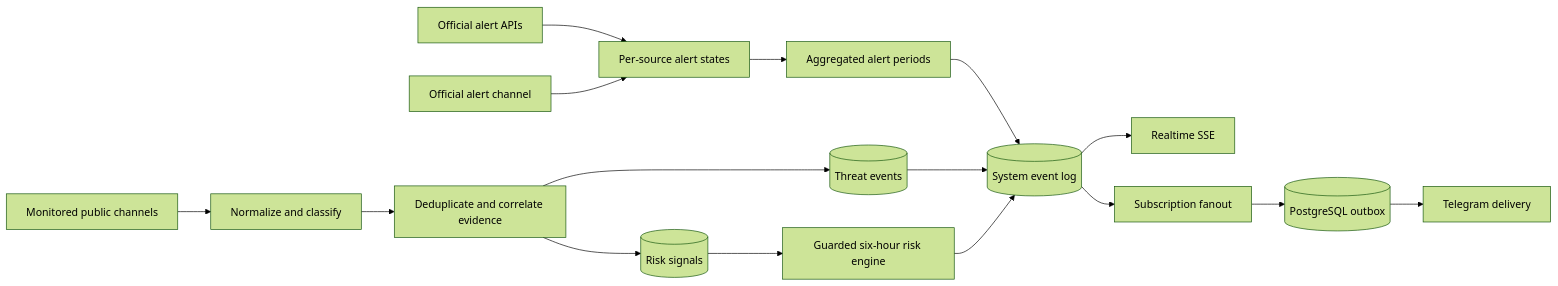
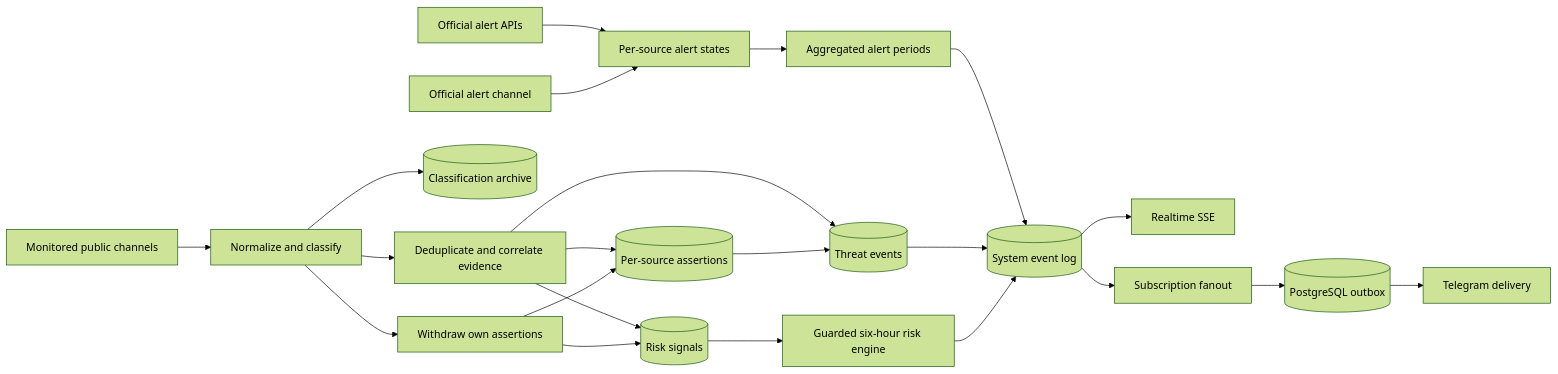
One commit to IvanSnezhok/threatlens-ua changed the first of 2 diagrams in docs/ARCHITECTURE.md. Above: the diagram before and after it, drawn with Mermaid (forest theme). The commit also changed other lines of this file and 27 other files, not shown here.

First line of the commit message:
feat: raion choropleth, threat withdrawal, classification archive, source catalogue

````diff
--- a/docs/ARCHITECTURE.md
+++ b/docs/ARCHITECTURE.md
@@ -139,18 +203,24 @@
 ```mermaid
 flowchart LR
   Official[Official alert APIs] --> AlertState[Per-source alert states]
   AlertChannel[Official alert channel] --> AlertState
   AlertState --> Aggregate[Aggregated alert periods]
   Channels[Monitored public channels] --> Normalize[Normalize and classify]
+  Normalize --> Archive[(Classification archive)]
   Normalize --> Evidence[Deduplicate and correlate evidence]
+  Normalize --> Withdraw[Withdraw own assertions]
   Evidence --> Threats[(Threat events)]
+  Evidence --> Assertions[(Per-source assertions)]
   Evidence --> Signals[(Risk signals)]
+  Withdraw --> Assertions
+  Withdraw --> Signals
+  Assertions --> Threats
   Signals --> Risk[Guarded six-hour risk engine]
   Aggregate --> Log[(System event log)]
   Threats --> Log
   Risk --> Log
   Log --> SSE[Realtime SSE]
   Log --> Fanout[Subscription fanout]
   Fanout --> Outbox[(PostgreSQL outbox)]
   Outbox --> Telegram[Telegram delivery]
 ```
````
